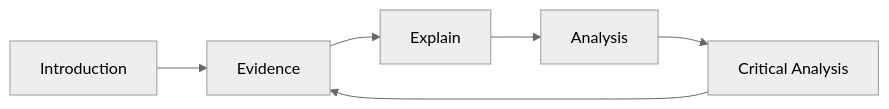
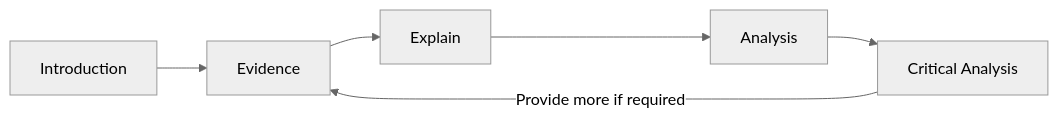
One commit to williamGrey2047/Holocron changed the first of 3 diagrams in _sharedContent/Assessments2024S2/Task 2.md. Above: the diagram before and after it, drawn with Mermaid (neutral theme).

Commit message:
flowchart

````diff
--- a/_sharedContent/Assessments2024S2/Task 2.md
+++ b/_sharedContent/Assessments2024S2/Task 2.md
@@ -65,10 +65,10 @@
 ```mermaid
 
 graph LR;
 
-Introduction-->Evidence-->Explain-->Analysis;
+Introduction--> Evidence-->Explain-->Analysis;
 
 Analysis-->crit["Critical Analysis"];
-crit-->Evidence
+crit-->|Provide more if required| Evidence
 
 ```
````
